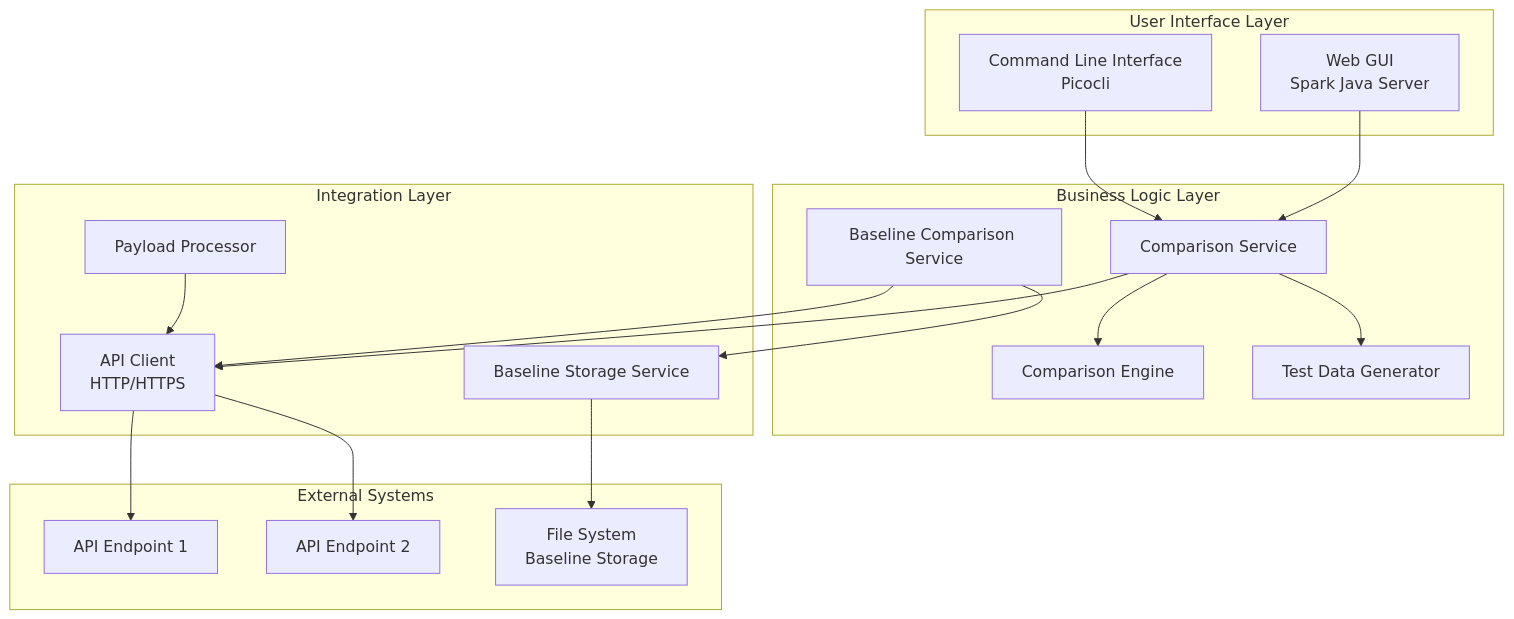
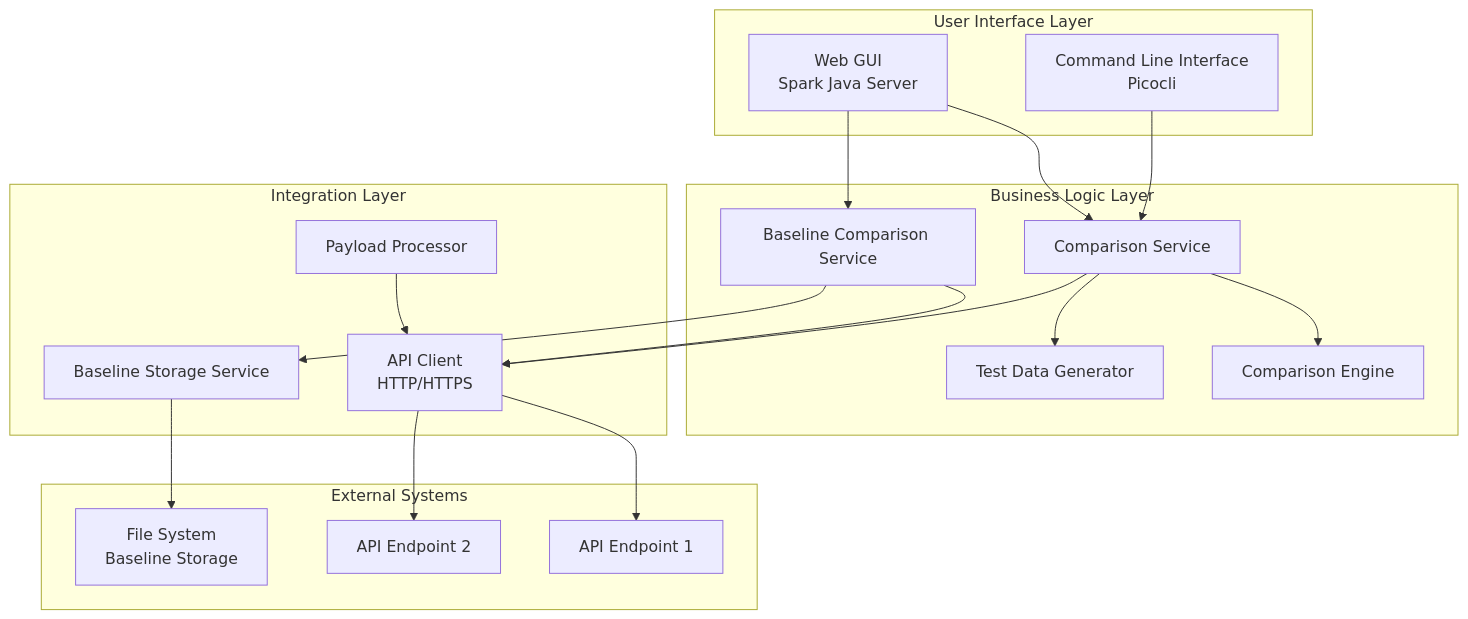
One commit to raksjnu/apiguard changed the diagram in apiurlcomparison/ENTERPRISE_ONBOARDING.md. Above: the diagram before and after it, drawn with Mermaid. The commit also changed other lines of this file and 6 other files, not shown here.

````diff
--- a/apiurlcomparison/ENTERPRISE_ONBOARDING.md
+++ b/apiurlcomparison/ENTERPRISE_ONBOARDING.md
@@ -61,38 +61,39 @@
 ```mermaid
 graph TB
     subgraph "User Interface Layer"
         GUI[Web GUI<br/>Spark Java Server]
         CLI[Command Line Interface<br/>Picocli]
     end
     
     subgraph "Business Logic Layer"
         CS[Comparison Service]
         BCS[Baseline Comparison Service]
         CE[Comparison Engine]
         TDG[Test Data Generator]
     end
     
     subgraph "Integration Layer"
         AC[API Client<br/>HTTP/HTTPS]
         PP[Payload Processor]
         BSS[Baseline Storage Service]
     end
     
     subgraph "External Systems"
         API1[API Endpoint 1]
         API2[API Endpoint 2]
         FS[File System<br/>Baseline Storage]
     end
     
     GUI --> CS
     CLI --> CS
     CS --> CE
     CS --> TDG
     CS --> AC
     BCS --> AC
     BCS --> BSS
     AC --> API1
     AC --> API2
     BSS --> FS
     PP --> AC
+    GUI --> BCS
 ```
````
